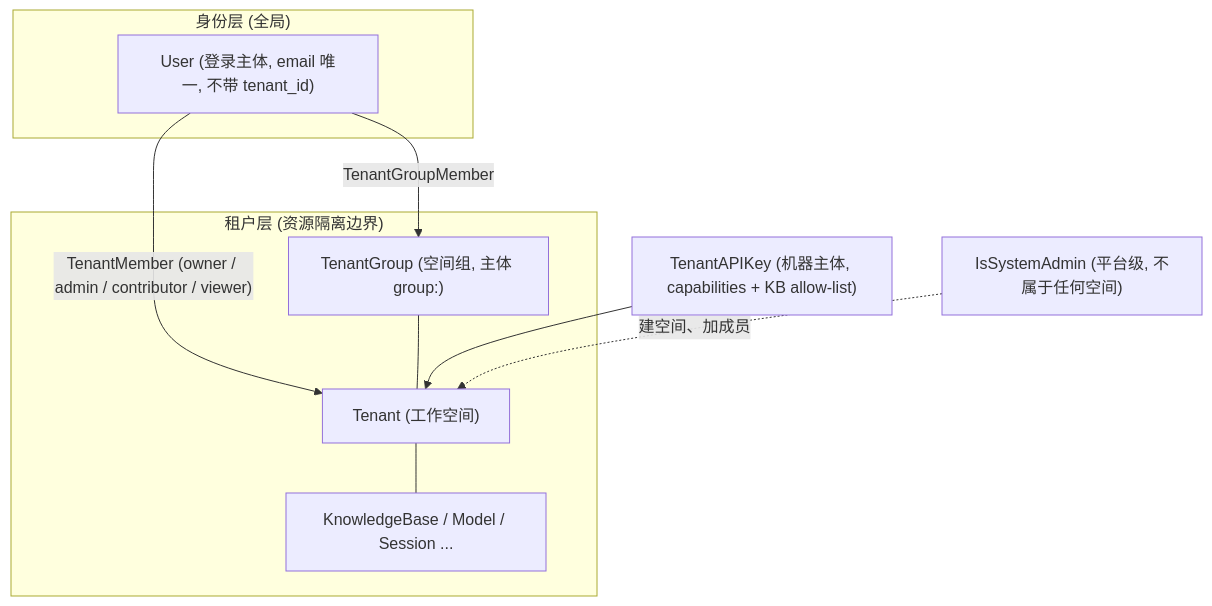
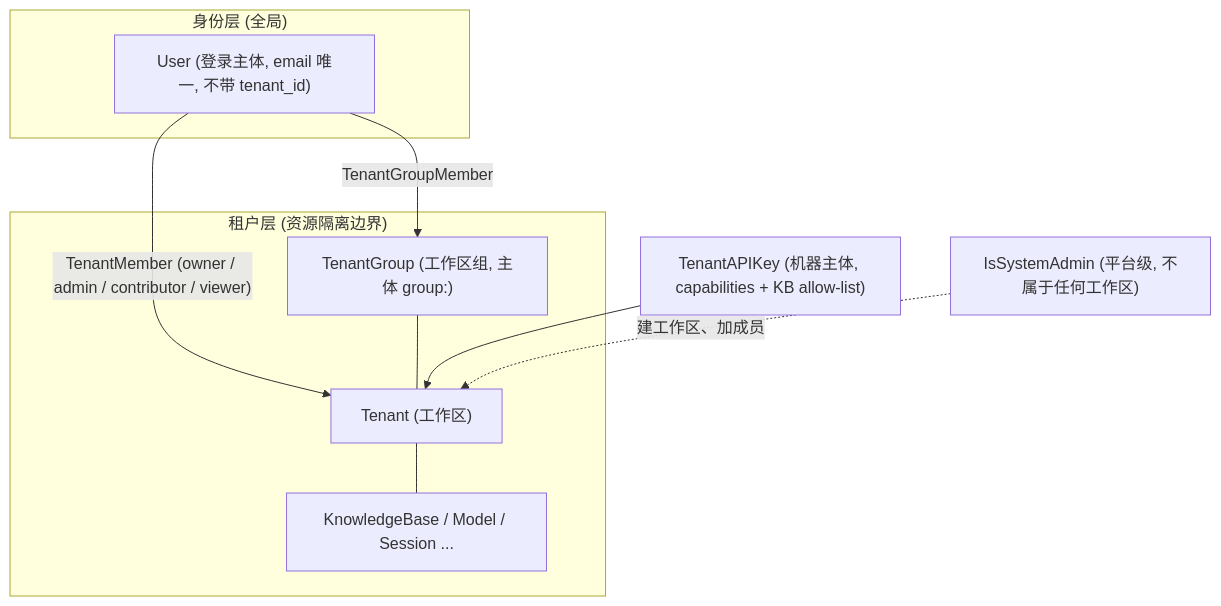
Before and after one commit to magicyuan876/Yuheng: the first of 2 diagrams in website-docs/03-features/01-tenant-auth.md, drawn with Mermaid. The commit also changed other lines of this file and 79 other files, not shown here.

````diff
--- a/website-docs/03-features/01-tenant-auth.md
+++ b/website-docs/03-features/01-tenant-auth.md
@@ -26,17 +26,17 @@
 ```mermaid
 graph TB
     subgraph identity["身份层 (全局)"]
         U["User (登录主体, email 唯一, 不带 tenant_id)"]
     end
     subgraph tenants["租户层 (资源隔离边界)"]
-        T["Tenant (工作空间)"]
-        G["TenantGroup (空间组, 主体 group:<id>)"]
+        T["Tenant (工作区)"]
+        G["TenantGroup (工作区组, 主体 group:<id>)"]
         KB["KnowledgeBase / Model / Session ..."]
     end
     U -- "TenantMember (owner / admin / contributor / viewer)" --> T
     U -- "TenantGroupMember" --> G
     G --- T
     T --- KB
     K["TenantAPIKey (机器主体, capabilities + KB allow-list)"] --> T
-    SA["IsSystemAdmin (平台级, 不属于任何空间)"] -. "建空间、加成员" .-> T
+    SA["IsSystemAdmin (平台级, 不属于任何工作区)"] -. "建工作区、加成员" .-> T
 ```
````
